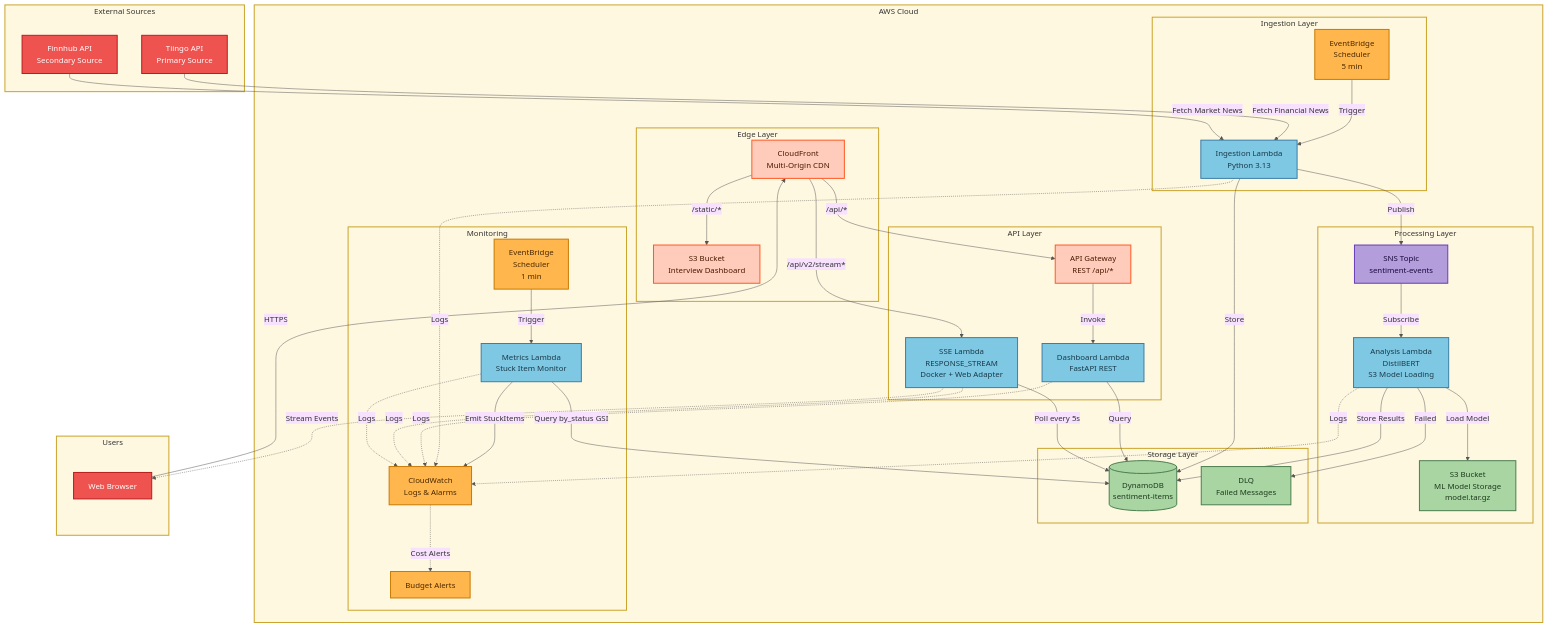
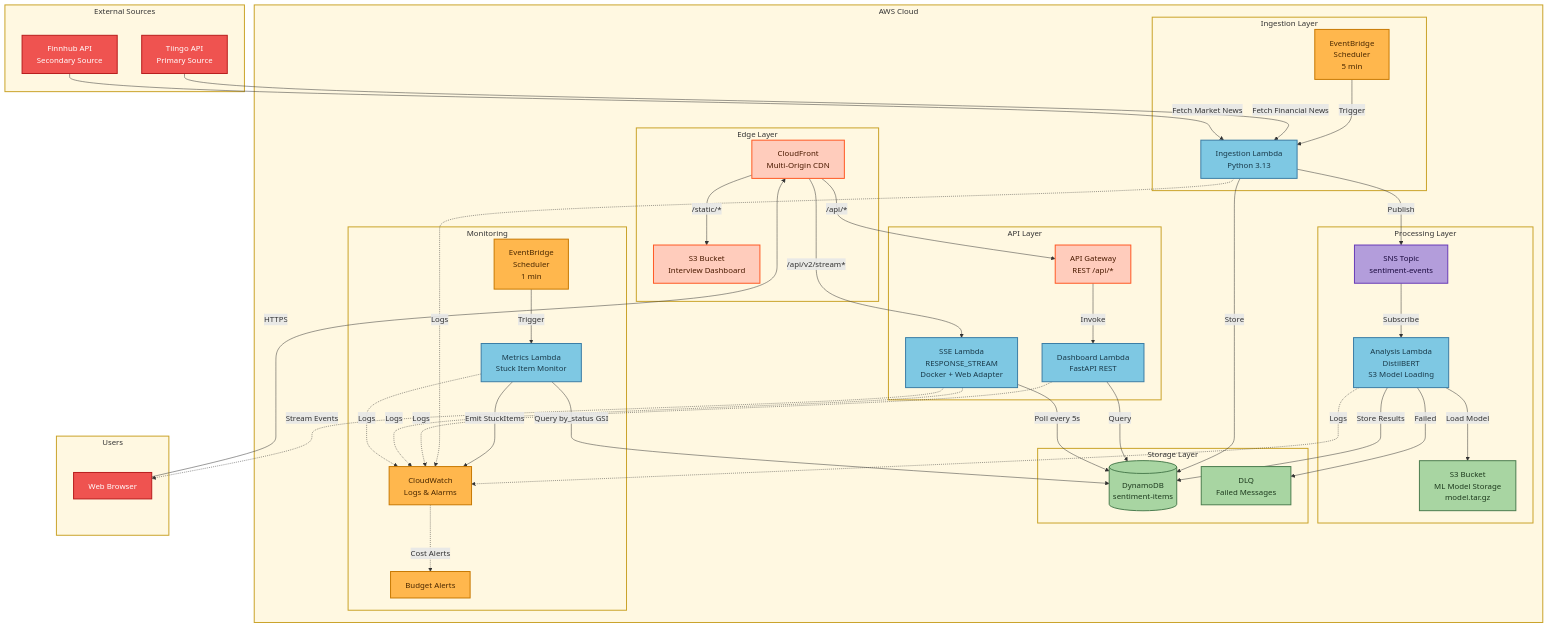
The second of 4 diagrams in README.md (traylorre/sentiment-analyzer-gsk), drawn with Mermaid before and after one commit. The commit also changed other lines of this file and 2 other files, not shown here.

First line of the commit message:
fix(docs): Fix README Mermaid diagrams and update to reflect actual pipeline

````diff
--- a/README.md
+++ b/README.md
@@ -196,5 +187,4 @@
 ```mermaid
-%%{init: {'theme':'base', 'themeVariables': {'primaryColor':'#fff8e1', 'primaryTextColor':'#333', 'primaryBorderColor':'#c9a227', 'lineColor':'#555'}}}%%
 graph TB
     subgraph External["External Sources"]
         Tiingo[Tiingo API<br/>Primary Source]
````
